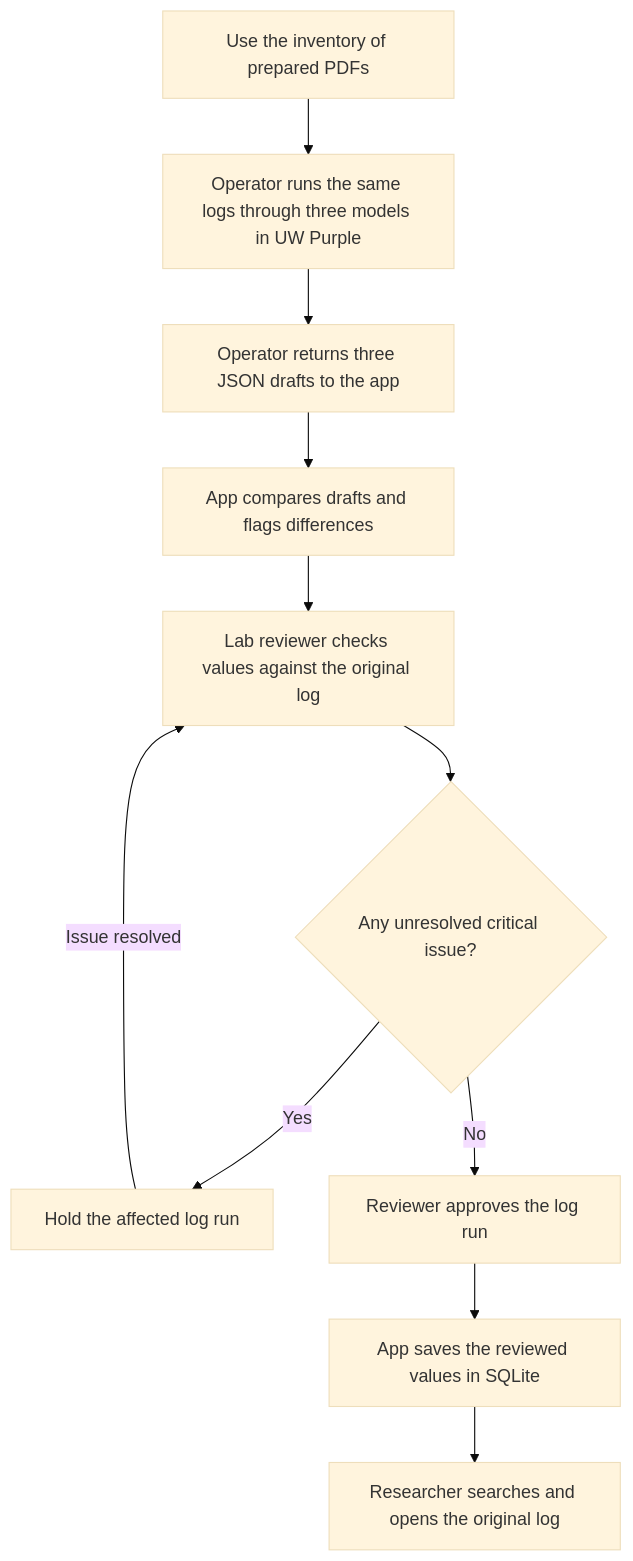
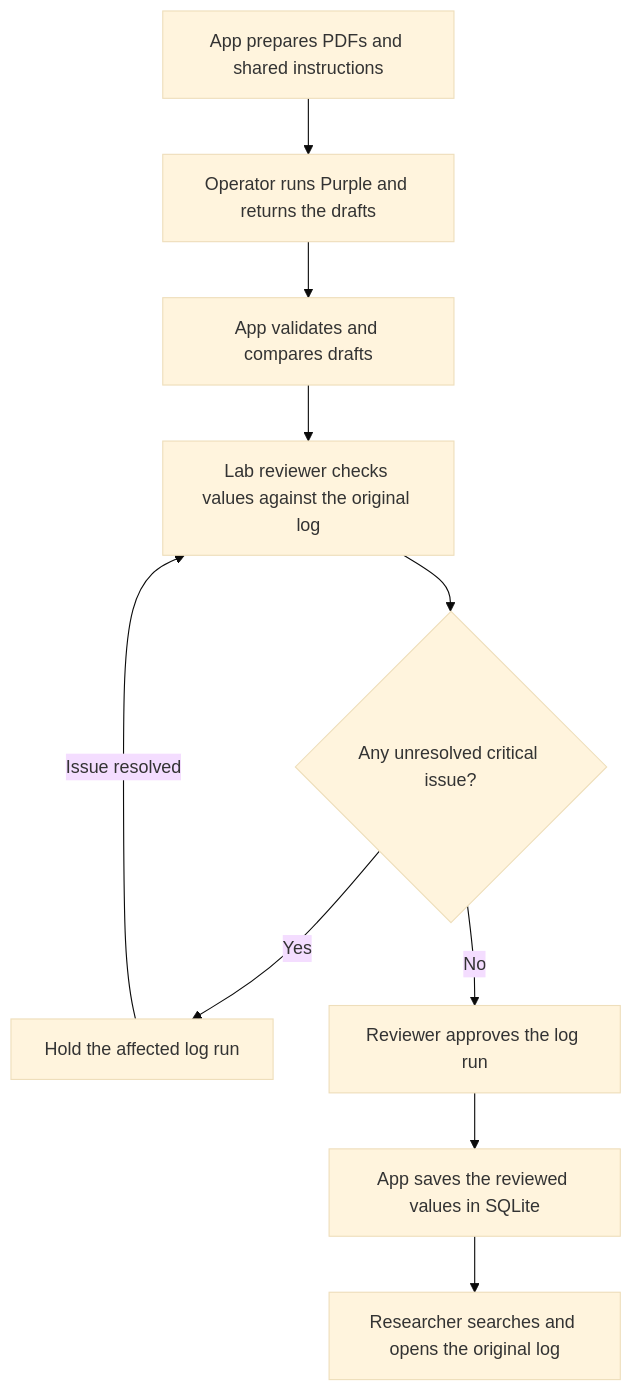
Before and after one commit to irisyjchang/quantum-materials-ai-archive: the diagram in docs/design-document.md, drawn with Mermaid (base theme). The commit also changed other lines of this file, not shown here.

Commit message:
docs: reduce the operator role to Purple handoff

````diff
--- a/docs/design-document.md
+++ b/docs/design-document.md
@@ -36,13 +36,12 @@
 ```mermaid
 flowchart TD
-    A[Use the inventory of prepared PDFs] --> D[Operator runs the same logs through three models in UW Purple]
-    D --> E[Operator returns three JSON drafts to the app]
-    E --> F[App compares drafts and flags differences]
+    A[App prepares PDFs and shared instructions] --> D[Operator runs Purple and returns the drafts]
+    D --> F[App validates and compares drafts]
     F --> G[Lab reviewer checks values against the original log]
     G --> H{Any unresolved critical issue?}
     H -->|Yes| I[Hold the affected log run]
     I -->|Issue resolved| G
     H -->|No| J[Reviewer approves the log run]
     J --> K[App saves the reviewed values in SQLite]
     K --> L[Researcher searches and opens the original log]
 ```
````
